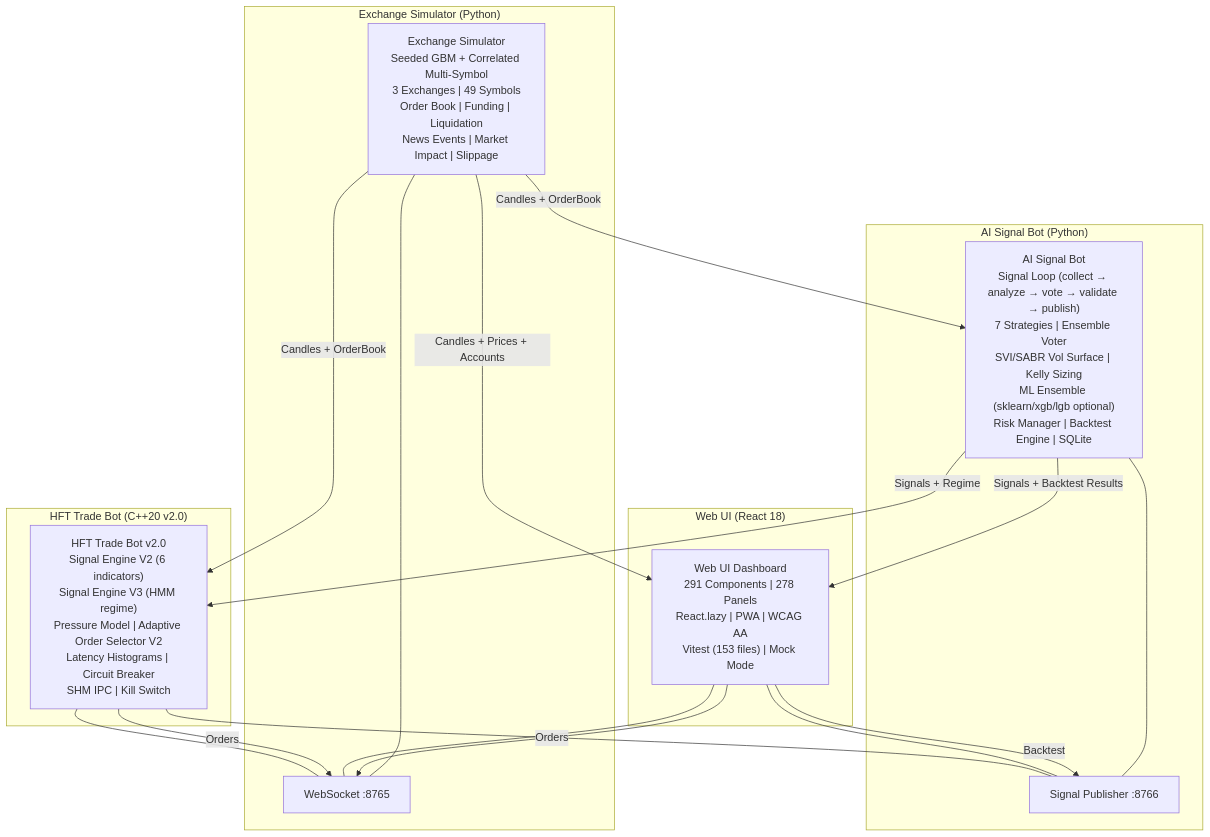
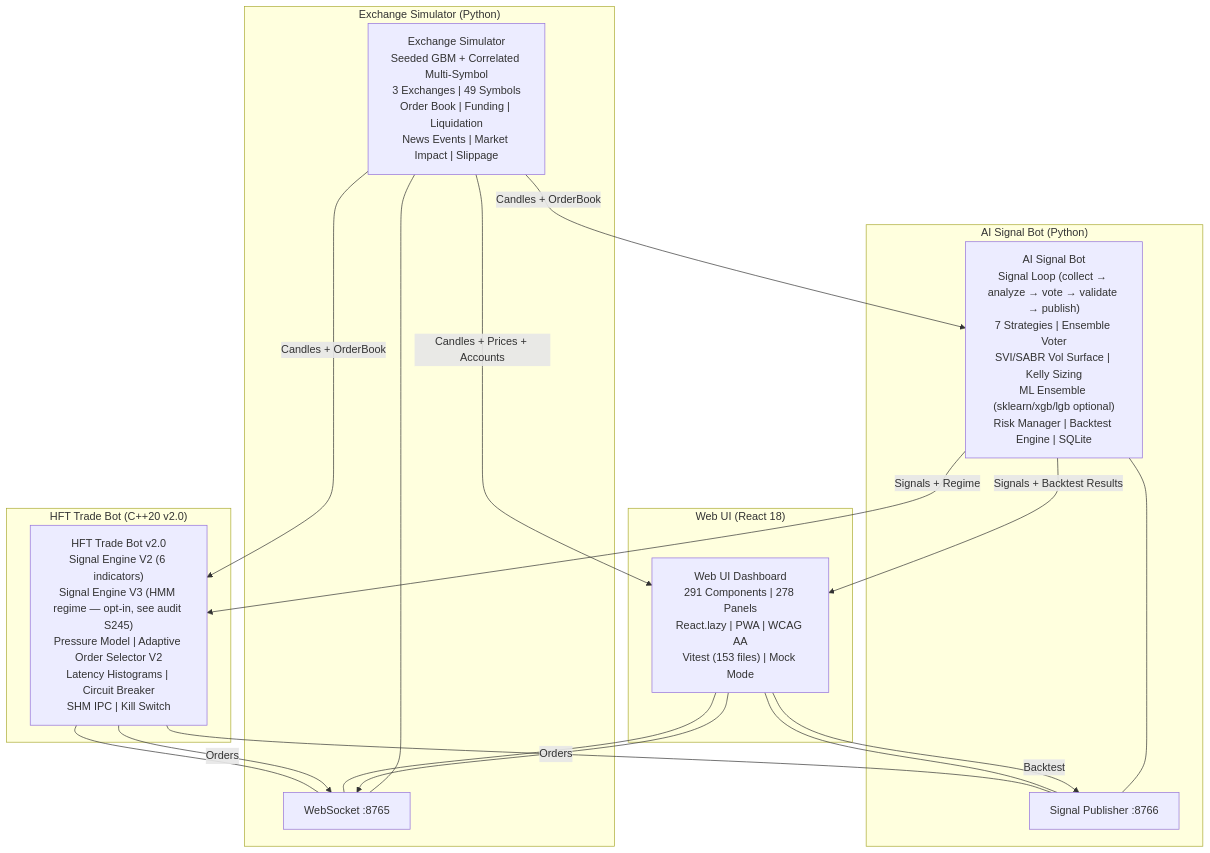
One commit to ezpectus/HFT-trading-simulator changed the first of 2 diagrams in docs/ARCHITECTURE.md. Above: the diagram before and after it, drawn with Mermaid. The commit also changed other lines of this file and 4 other files, not shown here.

First line of the commit message:
docs: R117 audit — hft-trade-bot/src leaf-sweep, 10 findings (S243–S252)

````diff
--- a/docs/ARCHITECTURE.md
+++ b/docs/ARCHITECTURE.md
@@ -71,35 +71,35 @@
 ```mermaid
 graph TB
     subgraph "Exchange Simulator (Python)"
         ES["Exchange Simulator<br/>Seeded GBM + Correlated Multi-Symbol<br/>3 Exchanges | 49 Symbols<br/>Order Book | Funding | Liquidation<br/>News Events | Market Impact | Slippage"]
         WS8765[WebSocket :8765]
         WS8765 --- ES
     end
 
     subgraph "AI Signal Bot (Python)"
         AI["AI Signal Bot<br/>Signal Loop (collect → analyze → vote → validate → publish)<br/>7 Strategies | Ensemble Voter<br/>SVI/SABR Vol Surface | Kelly Sizing<br/>ML Ensemble (sklearn/xgb/lgb optional)<br/>Risk Manager | Backtest Engine | SQLite"]
         WS8766[Signal Publisher :8766]
         WS8766 --- AI
     end
 
     subgraph "HFT Trade Bot (C++20 v2.0)"
-        HFT["HFT Trade Bot v2.0<br/>Signal Engine V2 (6 indicators)<br/>Signal Engine V3 (HMM regime)<br/>Pressure Model | Adaptive Order Selector V2<br/>Latency Histograms | Circuit Breaker<br/>SHM IPC | Kill Switch"]
+        HFT["HFT Trade Bot v2.0<br/>Signal Engine V2 (6 indicators)<br/>Signal Engine V3 (HMM regime — opt-in, see audit S245)<br/>Pressure Model | Adaptive Order Selector V2<br/>Latency Histograms | Circuit Breaker<br/>SHM IPC | Kill Switch"]
         HFT --- WS8765
         HFT --- WS8766
         HFT -->|Orders| WS8765
     end
 
     subgraph "Web UI (React 18)"
         UI["Web UI Dashboard<br/>291 Components | 278 Panels<br/>React.lazy | PWA | WCAG AA<br/>Vitest (153 files) | Mock Mode"]
         UI --- WS8765
         UI --- WS8766
         UI -->|Orders| WS8765
         UI -->|Backtest| WS8766
     end
 
     ES -->|Candles + OrderBook| AI
     ES -->|Candles + OrderBook| HFT
     ES -->|Candles + Prices + Accounts| UI
     AI -->|Signals + Regime| HFT
     AI -->|Signals + Backtest Results| UI
 ```
````
